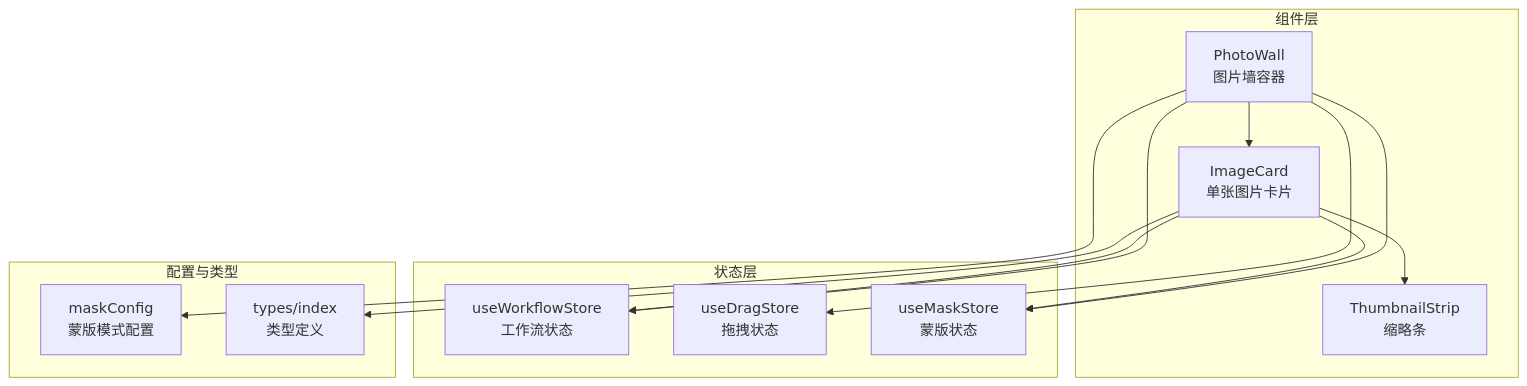
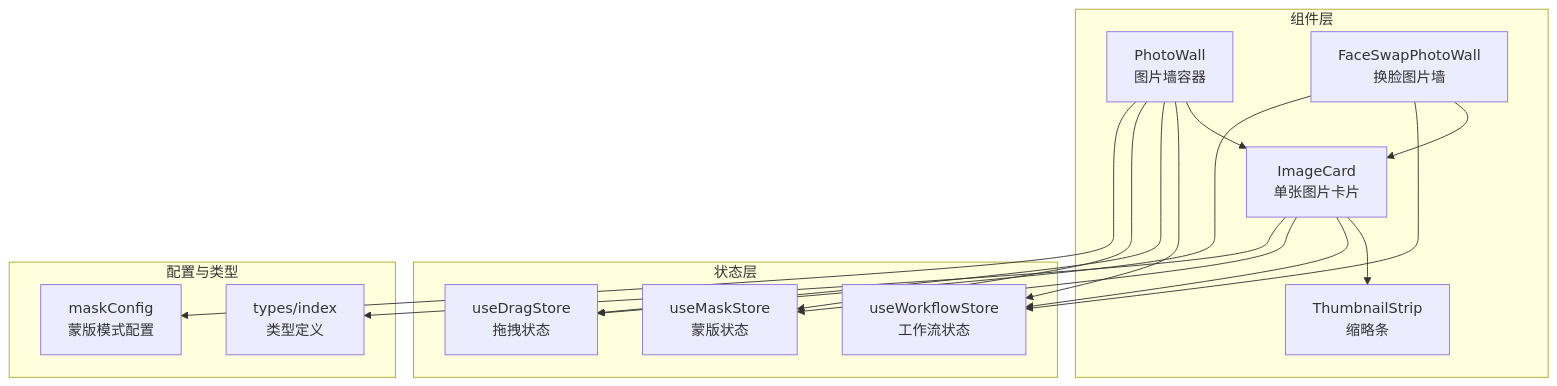
One commit to billye220670/CorineKit_Pix2Real changed the first of 8 diagrams in .qoder/repowiki/zh/content/用户界面组件/核心界面组件/图片墙组件 (PhotoWall).md. Above: the diagram before and after it, drawn with Mermaid. The commit also changed other lines of this file and 3 other files, not shown here.

````diff
--- a/.qoder/repowiki/zh/content/用户界面组件/核心界面组件/图片墙组件 (PhotoWall).md
+++ b/.qoder/repowiki/zh/content/用户界面组件/核心界面组件/图片墙组件 (PhotoWall).md
@@ -33,26 +43,30 @@
 ```mermaid
 graph TB
 subgraph "组件层"
 PW["PhotoWall<br/>图片墙容器"]
 IC["ImageCard<br/>单张图片卡片"]
 TS["ThumbnailStrip<br/>缩略条"]
+FSPW["FaceSwapPhotoWall<br/>换脸图片墙"]
 end
 subgraph "状态层"
 WFS["useWorkflowStore<br/>工作流状态"]
 DS["useDragStore<br/>拖拽状态"]
 MS["useMaskStore<br/>蒙版状态"]
 end
 subgraph "配置与类型"
 MC["maskConfig<br/>蒙版模式配置"]
 T["types/index<br/>类型定义"]
 end
 PW --> IC
 IC --> TS
 PW --> WFS
 PW --> DS
 PW --> MS
 PW --> MC
 IC --> WFS
 IC --> MS
 IC --> T
+FSPW --> IC
+FSPW --> WFS
+FSPW --> DS
 ```
````
